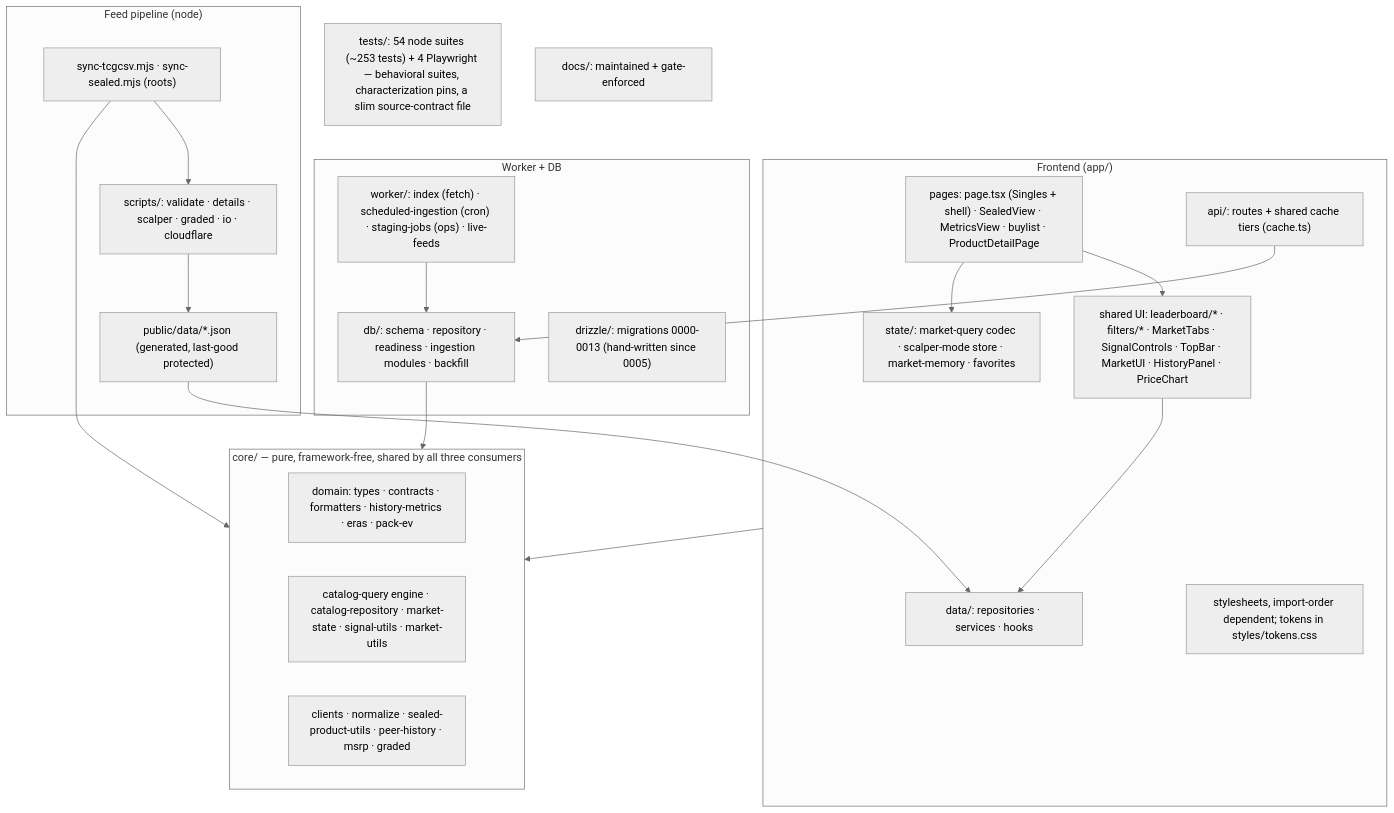
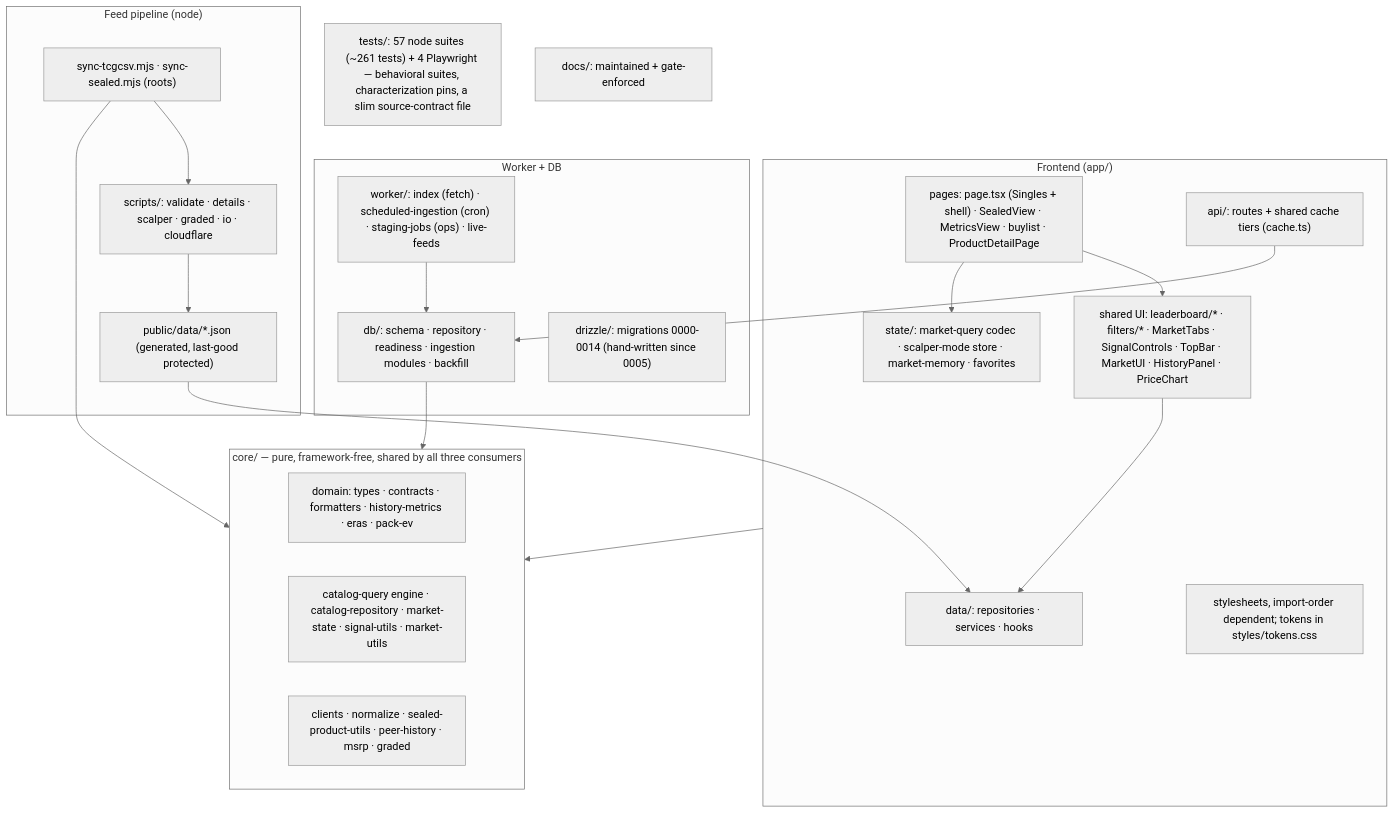
The first of 3 diagrams in docs/helicopter-view.md (cjord/rawsignal), drawn with Mermaid (neutral theme) before and after one commit. The commit also changed other lines of this file and 25 other files, not shown here.

````diff
--- a/docs/helicopter-view.md
+++ b/docs/helicopter-view.md
@@ -19,38 +19,38 @@
 ```mermaid
 flowchart TB
   subgraph frontend["Frontend (app/)"]
     pages["pages: page.tsx (Singles + shell) · SealedView · MetricsView · buylist · ProductDetailPage"]
     prims["shared UI: leaderboard/* · filters/* · MarketTabs · SignalControls · TopBar · MarketUI · HistoryPanel · PriceChart"]
     state["state/: market-query codec · scalper-mode store · market-memory · favorites"]
     dataL["data/: repositories · services · hooks"]
     api["api/: routes + shared cache tiers (cache.ts)"]
     css["stylesheets, import-order dependent; tokens in styles/tokens.css"]
   end
   subgraph core["core/ — pure, framework-free, shared by all three consumers"]
     domain["domain: types · contracts · formatters · history-metrics · eras · pack-ev"]
     engine["catalog-query engine · catalog-repository · market-state · signal-utils · market-utils"]
     pipe["clients · normalize · sealed-product-utils · peer-history · msrp · graded"]
   end
   subgraph backend["Worker + DB"]
     worker["worker/: index (fetch) · scheduled-ingestion (cron) · staging-jobs (ops) · live-feeds"]
     db["db/: schema · repository · readiness · ingestion modules · backfill"]
-    drizzle["drizzle/: migrations 0000-0013 (hand-written since 0005)"]
+    drizzle["drizzle/: migrations 0000-0014 (hand-written since 0005)"]
   end
   subgraph pipeline["Feed pipeline (node)"]
     sync["sync-tcgcsv.mjs · sync-sealed.mjs (roots)"]
     scripts["scripts/: validate · details · scalper · graded · io · cloudflare"]
     feeds["public/data/*.json (generated, last-good protected)"]
   end
-  tests["tests/: 54 node suites (~253 tests) + 4 Playwright — behavioral suites, characterization pins, a slim source-contract file"]
+  tests["tests/: 57 node suites (~261 tests) + 4 Playwright — behavioral suites, characterization pins, a slim source-contract file"]
   docs["docs/: maintained + gate-enforced"]
 
   pages --> prims --> dataL
   pages --> state
   frontend --> core
   api --> db
   worker --> db
   db --> core
   sync --> scripts --> feeds
   sync --> core
   feeds --> dataL
 ```
````
